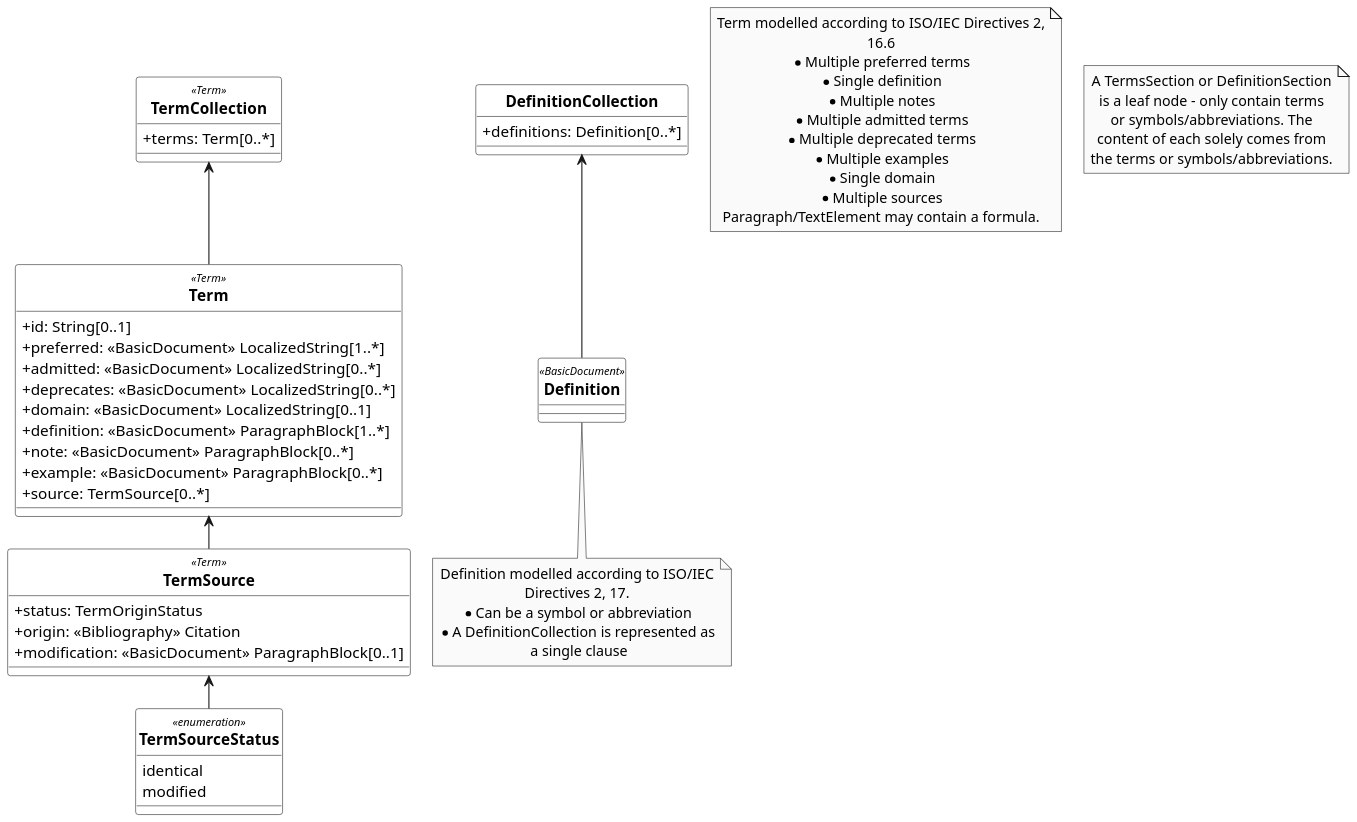
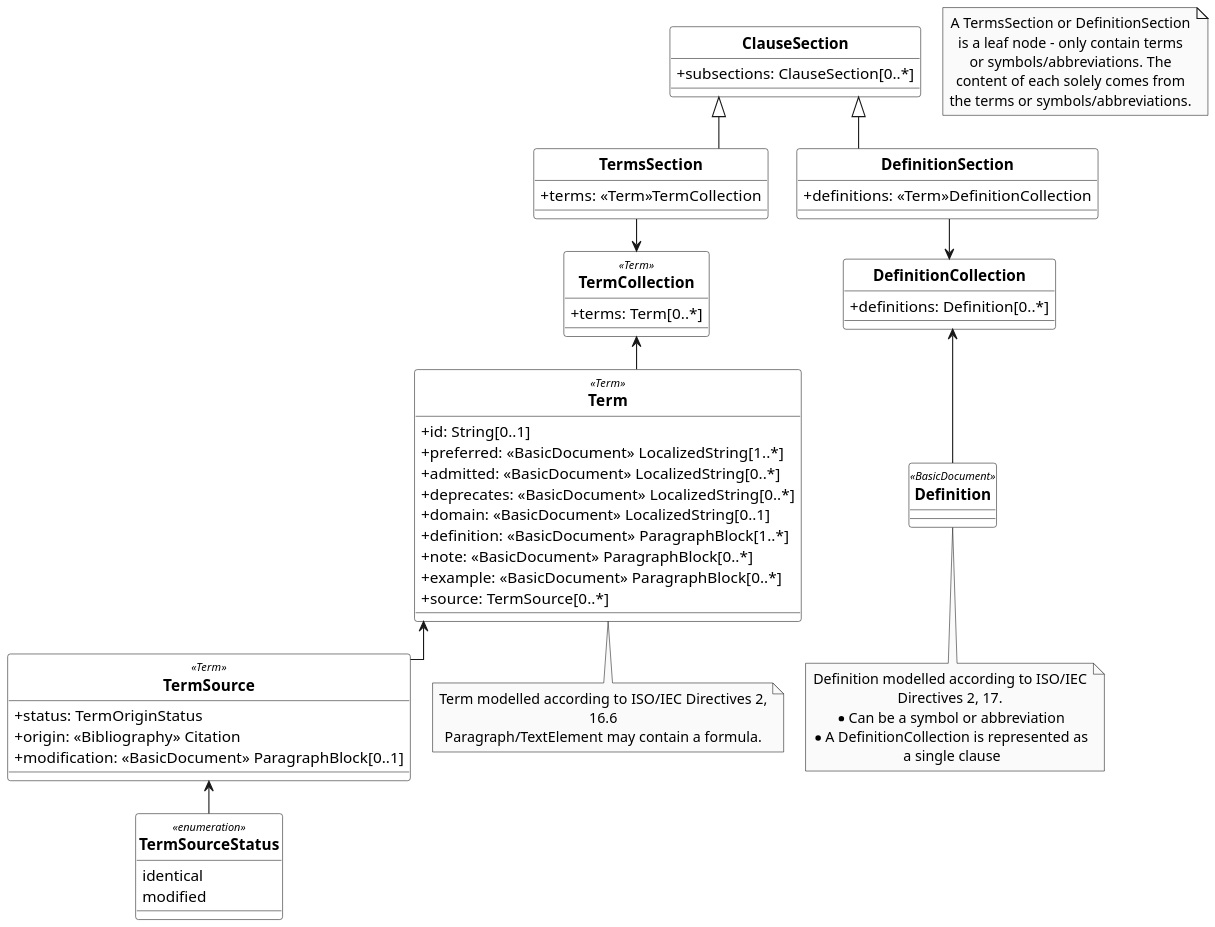
One commit to CalConnect/csd-standard-doc changed the diagram in standoc_uml/StandardDoc_Terms.wsd. Above: the diagram before and after it, drawn with PlantUML. The commit also changed 5 other files, not shown here.

Commit message:
terms, diagrams

```diff
--- a/standoc_uml/StandardDoc_Terms.wsd
+++ b/standoc_uml/StandardDoc_Terms.wsd
@@ -1,109 +1,129 @@
 @startuml StandardDoc_Terms
 /'
 Diagram:        StandardDoc_Terms
 DateCreate:     22/08/2018
 Description:    Metanorma StandardDocument ("StanDoc") is a family of document models that forms the basis of Metanorma IsoDoc, which is used to represent 
                 ISO Standards and similarly structured standards. It itself is an instantiation of BasicDocument (BasicDoc)
                 It is one of the document models that Selagraph operates on.
                 Metanorma StandardDocument itself is a document model can form the basis of multiple standard document types, including:
                 
                 - ISO Standards
                 - CSD Standards
                 - Chinese Standards (GB and family)
                 
                 The Relaton Bibliography UML models used within these models are located here: Relaton BibModels
 
 Hystory of changes:
 > DD/MM/YYYY
     - 
     - 
 '/
 
 '******* CONFIGURATION ************************************************
 skinparam classAttributeIconSize 0
 skinparam Dpi 150
 skinparam Monochrome true
 skinparam LineType ortho
 skinparam nodesep 20
 skinparam ranksep 30
 hide circle
 /' skinparam CircledCharacterRadius 0 '/
 /' skinparam CircledCharacterFontSize 0 '/
 skinparam Default {
 TextAlignment center
 FontName Helvetica
 }
 skinparam Class {
 AttributeIconSize 0
 BackgroundColor White
 FontStyle bold
 StereotypeFontSize 10
 }
 skinparam Rectangle {
 BackgroundColor White
 FontStyle bold
 FontSize 11
 StereotypeFontSize 10
 }
 skinparam Object {
 BackgroundColor White
 FontStyle bold
 FontSize 11
 StereotypeFontSize 10
 }
 
 skinparam Entity {
 StereotypeFontSize 10
 }
 
 '******* CLASS DEFINITION *********************************************
+
+class ClauseSection{
+    +subsections: ClauseSection[0..*]
+}
+
+class TermsSection{
+    +terms: <<Term>>TermCollection
+}
+
+class DefinitionSection{
+    +definitions: <<Term>>DefinitionCollection
+}
+
 class TermCollection <<Term>> {
     +terms: Term[0..*]
 }
 
 class Term <<Term>> {
     +id: String[0..1]
     +preferred: <<BasicDocument>> LocalizedString[1..*]
     +admitted: <<BasicDocument>> LocalizedString[0..*]
     +deprecates: <<BasicDocument>> LocalizedString[0..*]
     +domain: <<BasicDocument>> LocalizedString[0..1]
     +definition: <<BasicDocument>> ParagraphBlock[1..*]
     +note: <<BasicDocument>> ParagraphBlock[0..*]
     +example: <<BasicDocument>> ParagraphBlock[0..*]
     +source: TermSource[0..*]
 }
 
 class TermSource <<Term>>{
     +status: TermOriginStatus
     +origin: <<Bibliography>> Citation
     +modification: <<BasicDocument>> ParagraphBlock[0..1]
 }
 
 class DefinitionCollection{
     +definitions: Definition[0..*]
 }
 
 class Definition <<BasicDocument>>{
 
 }
 
 enum TermSourceStatus <<enumeration>>{
     identical
     modified
 }
 
 '******* NOTES ********************************************************
-note "Term modelled according to ISO/IEC Directives 2,\n16.6\n* Multiple preferred terms\n* Single definition\n* Multiple notes\n* Multiple admitted terms\n* Multiple deprecated terms\n* Multiple examples\n* Single domain\n* Multiple sources\nParagraph/TextElement may contain a formula." as N1
+note bottom of Term: Term modelled according to ISO/IEC Directives 2,\n16.6\nParagraph/TextElement may contain a formula.
 note bottom of Definition: Definition modelled according to ISO/IEC\nDirectives 2, 17.\n* Can be a symbol or abbreviation\n* A DefinitionCollection is represented as\n a single clause
 note "A TermsSection or DefinitionSection\nis a leaf node - only contain terms\nor symbols/abbreviations. The\ncontent of each solely comes from\nthe terms or symbols/abbreviations." as N2
 
 '******* CLASS RELATIONS **********************************************
+
+ClauseSection <|-- TermsSection
+ClauseSection <|-- DefinitionSection
+
+TermsSection --> TermCollection
+DefinitionSection --> DefinitionCollection
+
 TermCollection <-- Term
 Term <-- TermSource
 TermSource <-- TermSourceStatus
 
 DefinitionCollection <-- Definition
 
 
 
 @enduml
```
